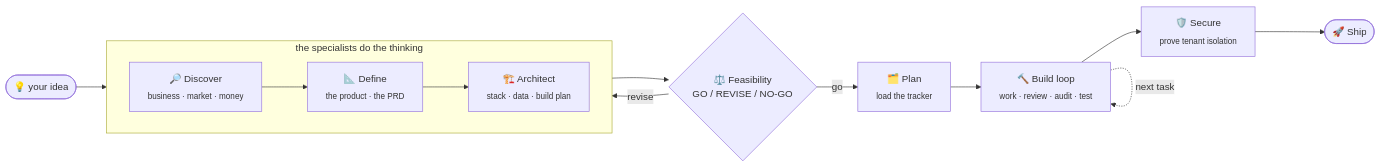
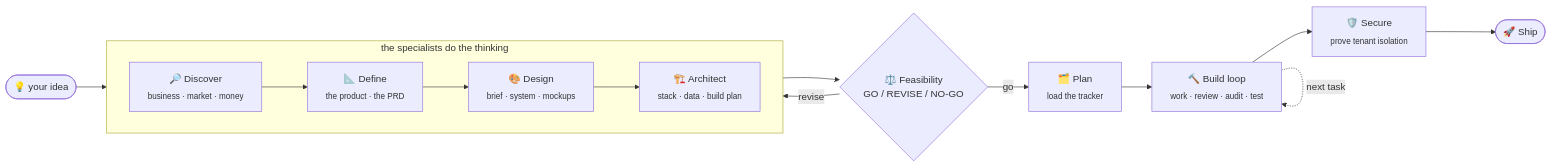
The diagram in README.md (Bhargs24/keel), drawn with Mermaid before and after one commit. The commit also changed other lines of this file and 11 other files, not shown here.

````diff
--- a/README.md
+++ b/README.md
@@ -19,15 +19,15 @@
 ```mermaid
 flowchart LR
     I([💡 your idea]) --> D
     subgraph RESEARCH [" the specialists do the thinking "]
       direction LR
-      D["🔎 Discover<br/><sub>business · market · money</sub>"] --> P["📐 Define<br/><sub>the product · the PRD</sub>"] --> A["🏗️ Architect<br/><sub>stack · data · build plan</sub>"]
+      D["🔎 Discover<br/><sub>business · market · money</sub>"] --> P["📐 Define<br/><sub>the product · the PRD</sub>"] --> DS["🎨 Design<br/><sub>brief · system · mockups</sub>"] --> A["🏗️ Architect<br/><sub>stack · data · build plan</sub>"]
     end
     A --> F{"⚖️ Feasibility<br/>GO / REVISE / NO-GO"}
     F -->|revise| D
     F -->|go| PL["🗂️ Plan<br/><sub>load the tracker</sub>"]
     PL --> B["🔨 Build loop<br/><sub>work · review · audit · test</sub>"]
     B --> S["🛡️ Secure<br/><sub>prove tenant isolation</sub>"]
     S --> SH([🚀 Ship])
     B -.->|next task| B
 ```
````
